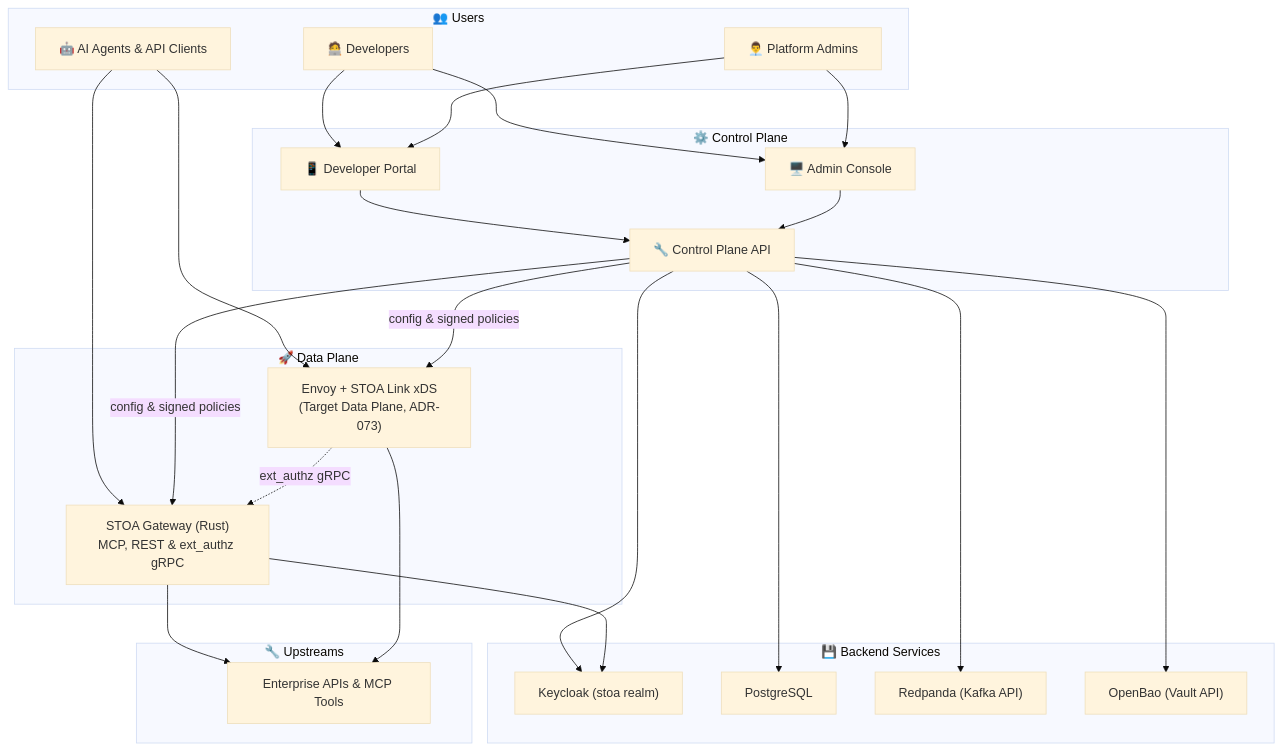
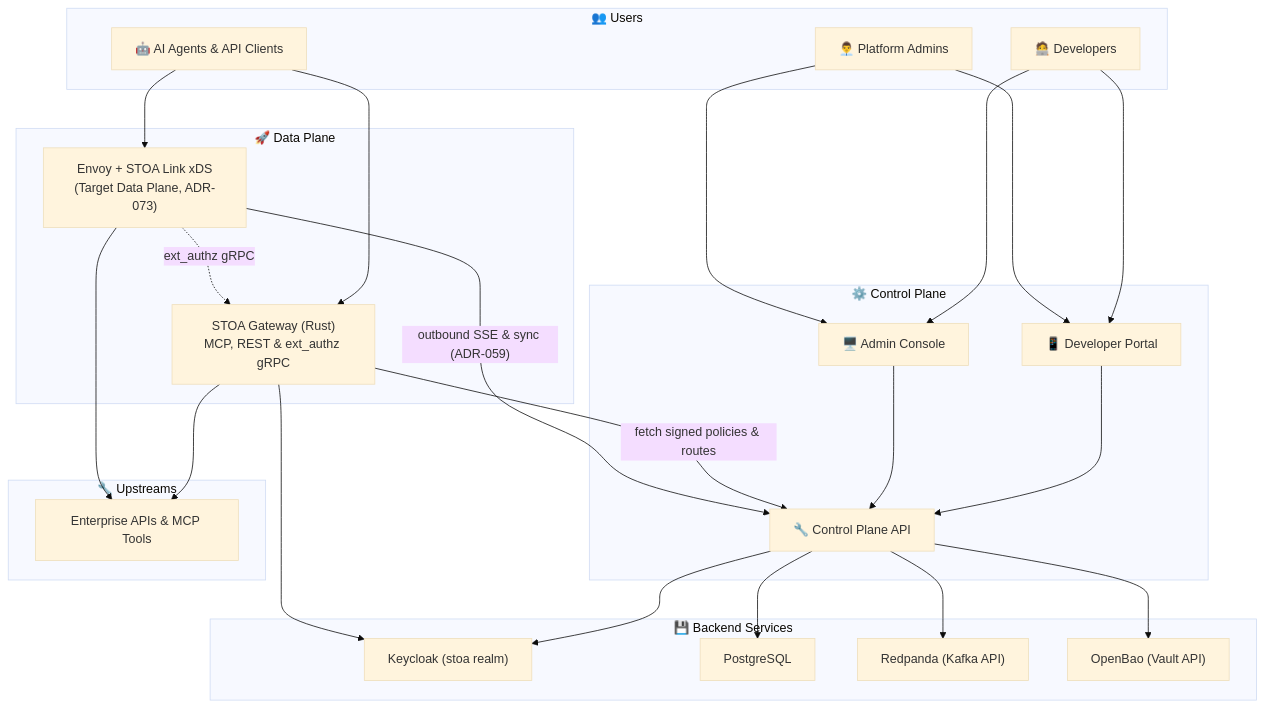
One commit to stoa-platform/stoa-docs changed the first of 2 diagrams in docs/concepts/architecture.md. Above: the diagram before and after it, drawn with Mermaid (base theme). The commit also changed other lines of this file and 21 other files, not shown here.

First line of the commit message:
docs(arch): refine Lot 3 Link SSE/adapters, ext_authz scopes, and auth guide (EN/FR)

````diff
--- a/docs/concepts/architecture.md
+++ b/docs/concepts/architecture.md
@@ -16,39 +16,40 @@
 ```mermaid
 flowchart TB
     subgraph Users["👥 Users"]
         Dev["🧑‍💻 Developers"]
         Admin["👨‍💼 Platform Admins"]
         AI["🤖 AI Agents & API Clients"]
     end
 
     subgraph ControlPlane["⚙️ Control Plane"]
         Portal["📱 Developer Portal"]
         Console["🖥️ Admin Console"]
         CoreAPI["🔧 Control Plane API"]
     end
 
     subgraph DataPlane["🚀 Data Plane"]
         MCPGateway["STOA Gateway (Rust)<br/>MCP, REST & ext_authz gRPC"]
         EnvoyLink["Envoy + STOA Link xDS<br/>(Target Data Plane, ADR-073)"]
     end
 
     subgraph Backend["💾 Backend Services"]
         KC["Keycloak (stoa realm)"]
         PG["PostgreSQL"]
         Kafka["Redpanda (Kafka API)"]
         Vault["OpenBao (Vault API)"]
     end
 
     subgraph MCP["🔧 Upstreams"]
         Tools["Enterprise APIs & MCP Tools"]
     end
 
     Dev & Admin --> Portal & Console
     AI --> MCPGateway & EnvoyLink
     Portal & Console --> CoreAPI
-    CoreAPI -->|"config & signed policies"| MCPGateway & EnvoyLink
+    MCPGateway -->|"fetch signed policies & routes"| CoreAPI
+    EnvoyLink -->|"outbound SSE & sync (ADR-059)"| CoreAPI
     EnvoyLink -.->|"ext_authz gRPC"| MCPGateway
     MCPGateway & EnvoyLink --> Tools
     CoreAPI --> PG & Kafka & KC & Vault
     MCPGateway --> KC
 ```
````
